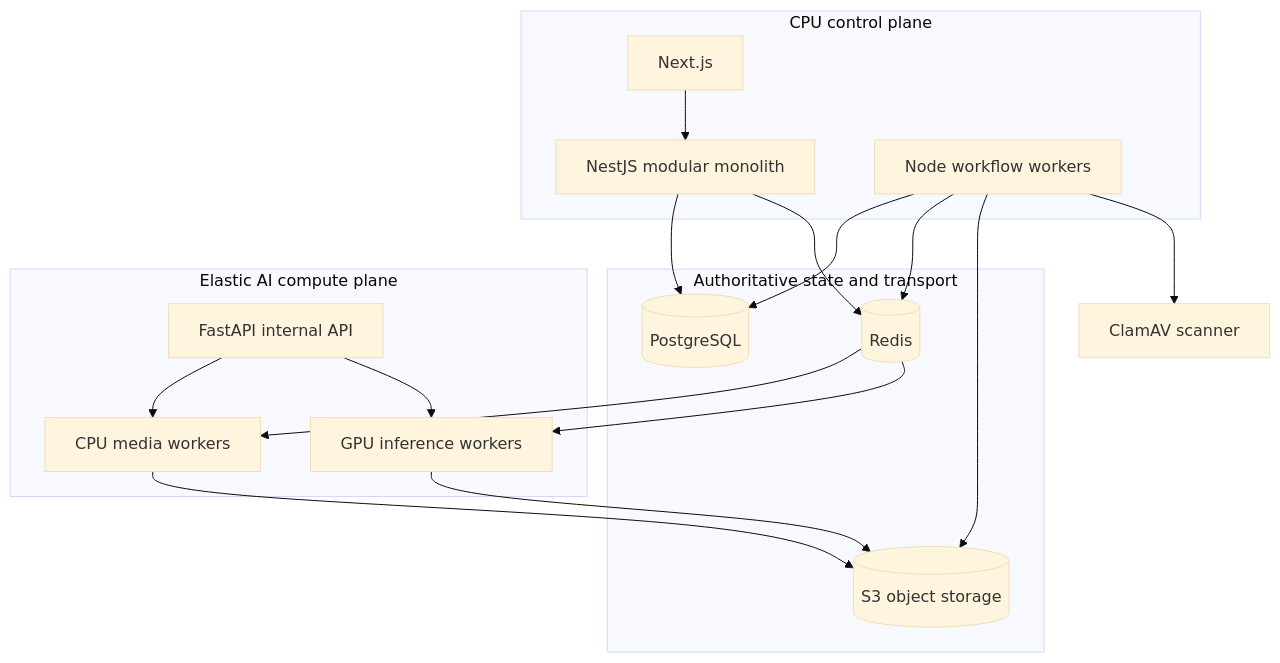
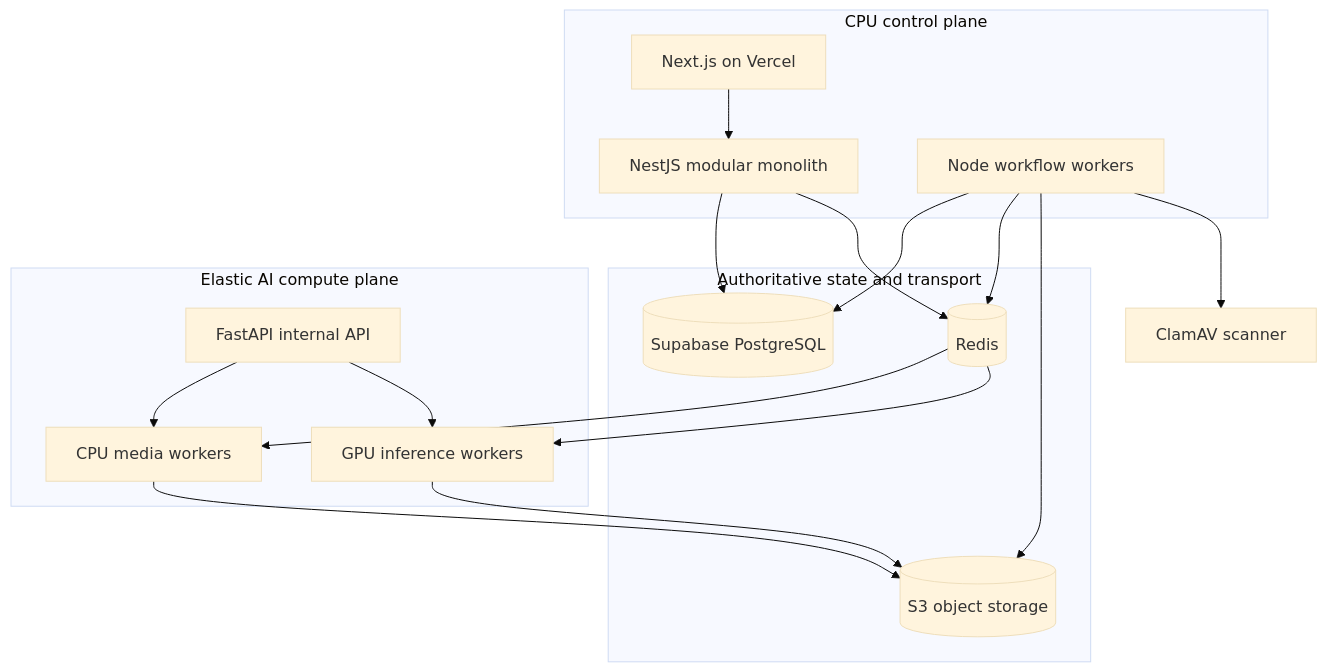
Before and after one commit to RahulRanjann/VoiceVerse-AI: the second of 4 diagrams in docs/architecture/system-context.md, drawn with Mermaid (base theme). The commit also changed other lines of this file and 16 other files, not shown here.

Commit message:
feat: implement cloud foundation with Vercel frontend, Supabase managed PostgreSQL, and database migration workflows.

````diff
--- a/docs/architecture/system-context.md
+++ b/docs/architecture/system-context.md
@@ -38,36 +38,36 @@
 ```mermaid
 flowchart TB
     subgraph ControlPlane[CPU control plane]
-        Web[Next.js]
+        Web[Next.js on Vercel]
         API[NestJS modular monolith]
         Worker[Node workflow workers]
     end
 
     subgraph State[Authoritative state and transport]
-        Postgres[(PostgreSQL)]
+        Postgres[(Supabase PostgreSQL)]
         Redis[(Redis)]
         Objects[(S3 object storage)]
     end
 
     Scanner[ClamAV scanner]
 
     subgraph ComputePlane[Elastic AI compute plane]
         Gateway[FastAPI internal API]
         CPU[CPU media workers]
         GPU[GPU inference workers]
     end
 
     Web --> API
     API --> Postgres
     API --> Redis
     Worker --> Postgres
     Worker --> Redis
     Worker --> Objects
     Worker --> Scanner
     Redis --> CPU
     Redis --> GPU
     CPU --> Objects
     GPU --> Objects
     Gateway --> CPU
     Gateway --> GPU
 ```
````
